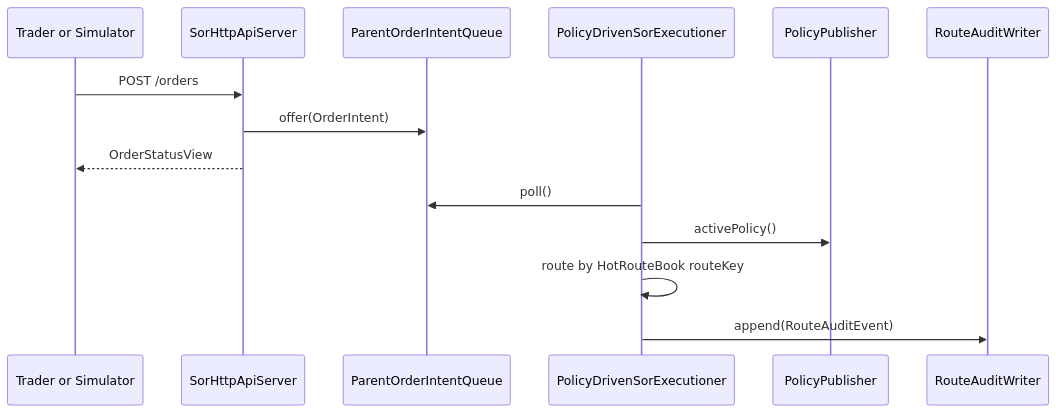
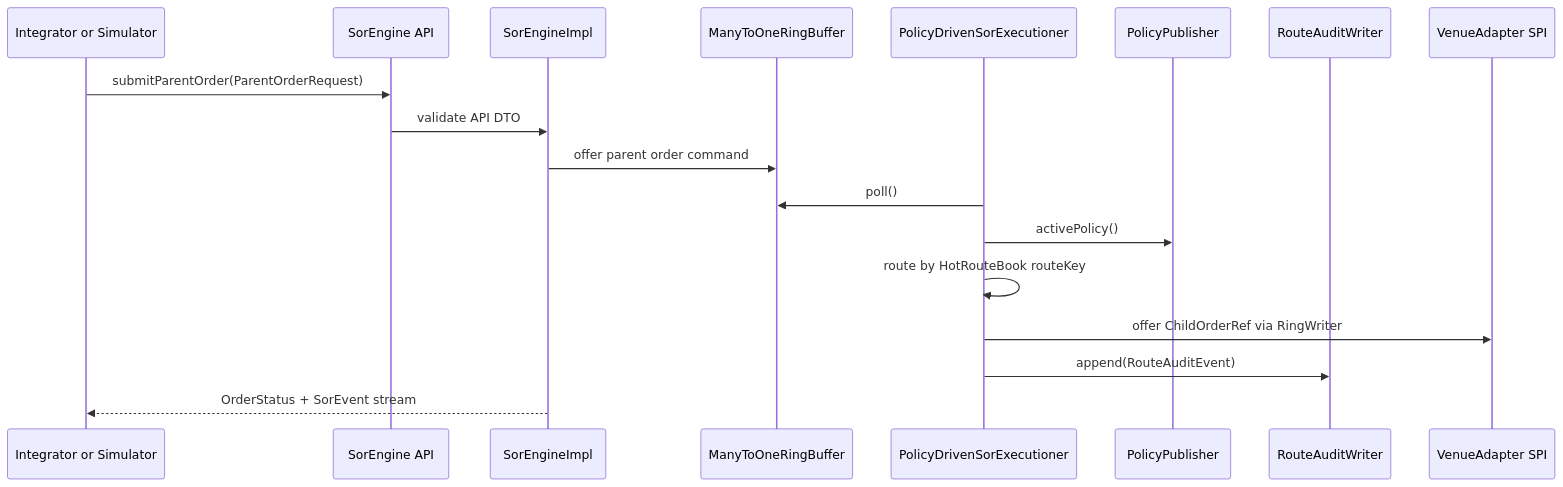
Before and after one commit to rueishi/adaptive-quantum-sor: the first of 8 diagrams in docs/SEQUENCE_DIAGRAMS.md, drawn with Mermaid. The commit also changed other lines of this file and 820 other files, not shown here.

````diff
--- a/docs/SEQUENCE_DIAGRAMS.md
+++ b/docs/SEQUENCE_DIAGRAMS.md
@@ -29,17 +34,21 @@
 ```mermaid
 sequenceDiagram
-    participant User as Trader or Simulator
-    participant API as SorHttpApiServer
-    participant Queue as ParentOrderIntentQueue
+    participant User as Integrator or Simulator
+    participant API as SorEngine API
+    participant Engine as SorEngineImpl
+    participant Queue as ManyToOneRingBuffer
     participant SOR as PolicyDrivenSorExecutioner
     participant Policy as PolicyPublisher
     participant Audit as RouteAuditWriter
+    participant Venue as VenueAdapter SPI
 
-    User->>API: POST /orders
-    API->>Queue: offer(OrderIntent)
-    API-->>User: OrderStatusView
+    User->>API: submitParentOrder(ParentOrderRequest)
+    API->>Engine: validate API DTO
+    Engine->>Queue: offer parent order command
     SOR->>Queue: poll()
     SOR->>Policy: activePolicy()
     SOR->>SOR: route by HotRouteBook routeKey
+    SOR->>Venue: offer ChildOrderRef via RingWriter
     SOR->>Audit: append(RouteAuditEvent)
+    Engine-->>User: OrderStatus + SorEvent stream
 ```
````
